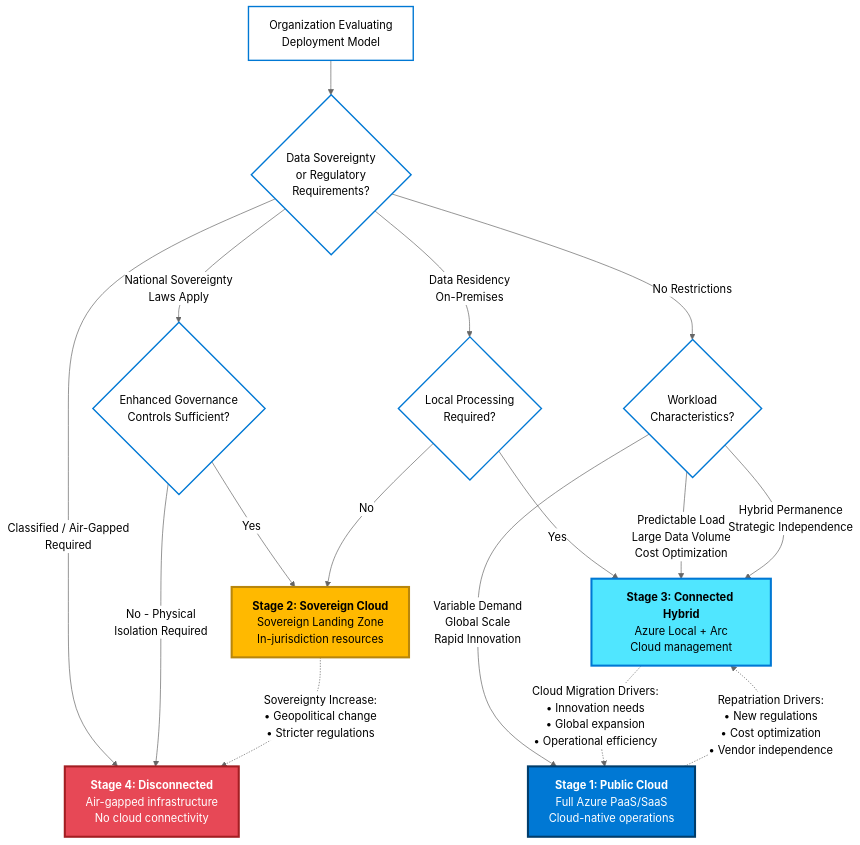
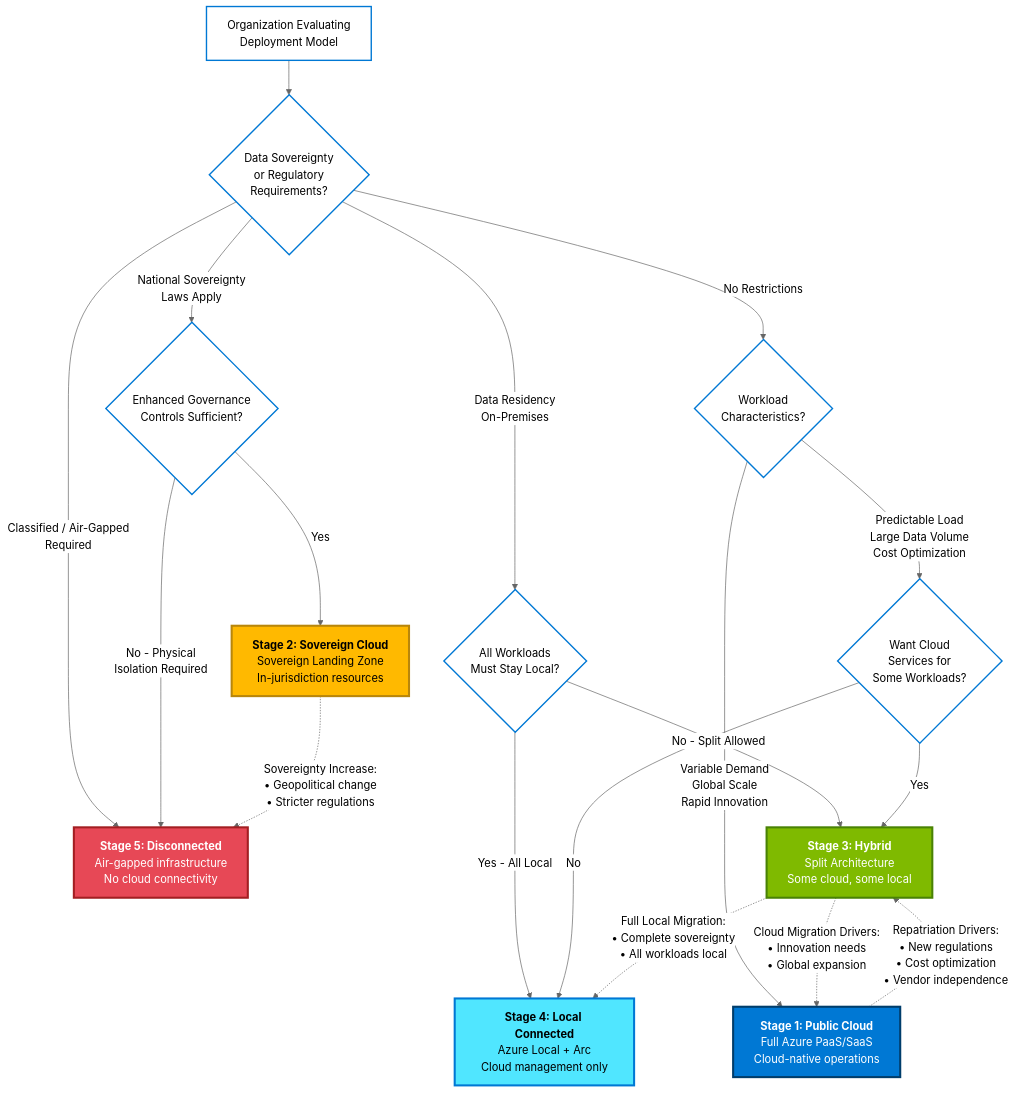
One commit to EmeaAppGbb/AzureHybridContinuumCookBook changed the second of 2 diagrams in docs/01-introduction/02-the-hybrid-continuum.md. Above: the diagram before and after it, drawn with Mermaid (neutral theme). The commit also changed other lines of this file and 7 other files, not shown here.

````diff
--- a/docs/01-introduction/02-the-hybrid-continuum.md
+++ b/docs/01-introduction/02-the-hybrid-continuum.md
@@ -82,46 +93,51 @@
 ```mermaid
 graph TD
     Start["Organization Evaluating<br/>Deployment Model"]
     
     Start --> RegQ{"Data Sovereignty<br/>or Regulatory<br/>Requirements?"}
     
-    RegQ -->|"Classified / Air-Gapped<br/>Required"| Disconnected["<b>Stage 4: Disconnected</b><br/>Air-gapped infrastructure<br/>No cloud connectivity"]
+    RegQ -->|"Classified / Air-Gapped<br/>Required"| Disconnected["<b>Stage 5: Disconnected</b><br/>Air-gapped infrastructure<br/>No cloud connectivity"]
     
     RegQ -->|"National Sovereignty<br/>Laws Apply"| SovQ{"Enhanced Governance<br/>Controls Sufficient?"}
     
     SovQ -->|"Yes"| Sovereign["<b>Stage 2: Sovereign Cloud</b><br/>Sovereign Landing Zone<br/>In-jurisdiction resources"]
     
     SovQ -->|"No - Physical<br/>Isolation Required"| Disconnected
     
-    RegQ -->|"Data Residency<br/>On-Premises"| LatencyQ{"Local Processing<br/>Required?"}
+    RegQ -->|"Data Residency<br/>On-Premises"| WorkloadQ{"All Workloads<br/>Must Stay Local?"}
     
-    LatencyQ -->|"Yes"| Connected["<b>Stage 3: Connected Hybrid</b><br/>Azure Local + Arc<br/>Cloud management"]
+    WorkloadQ -->|"Yes - All Local"| LocalConnected["<b>Stage 4: Local Connected</b><br/>Azure Local + Arc<br/>Cloud management only"]
     
-    LatencyQ -->|"No"| Sovereign
+    WorkloadQ -->|"No - Split Allowed"| Hybrid["<b>Stage 3: Hybrid</b><br/>Split Architecture<br/>Some cloud, some local"]
     
     RegQ -->|"No Restrictions"| CostQ{"Workload<br/>Characteristics?"}
     
     CostQ -->|"Variable Demand<br/>Global Scale<br/>Rapid Innovation"| PublicCloud["<b>Stage 1: Public Cloud</b><br/>Full Azure PaaS/SaaS<br/>Cloud-native operations"]
     
-    CostQ -->|"Predictable Load<br/>Large Data Volume<br/>Cost Optimization"| Connected
+    CostQ -->|"Predictable Load<br/>Large Data Volume<br/>Cost Optimization"| HybridOrLocal{"Want Cloud<br/>Services for<br/>Some Workloads?"}
     
-    CostQ -->|"Hybrid Permanence<br/>Strategic Independence"| Connected
+    HybridOrLocal -->|"Yes"| Hybrid
+    HybridOrLocal -->|"No"| LocalConnected
     
-    PublicCloud -.->|"Repatriation Drivers:<br/>• New regulations<br/>• Cost optimization<br/>• Vendor independence"| Connected
+    PublicCloud -.->|"Repatriation Drivers:<br/>• New regulations<br/>• Cost optimization<br/>• Vendor independence"| Hybrid
     
-    Connected -.->|"Cloud Migration Drivers:<br/>• Innovation needs<br/>• Global expansion<br/>• Operational efficiency"| PublicCloud
+    Hybrid -.->|"Cloud Migration Drivers:<br/>• Innovation needs<br/>• Global expansion"| PublicCloud
+    
+    Hybrid -.->|"Full Local Migration:<br/>• Complete sovereignty<br/>• All workloads local"| LocalConnected
     
     Sovereign -.->|"Sovereignty Increase:<br/>• Geopolitical change<br/>• Stricter regulations"| Disconnected
     
     classDef decisionStyle fill:#fff,stroke:#0078d4,stroke-width:2px,color:#000
     classDef stage1Style fill:#0078d4,stroke:#003d6b,stroke-width:3px,color:#fff
     classDef stage2Style fill:#ffb900,stroke:#b8860b,stroke-width:3px,color:#000
-    classDef stage3Style fill:#50e6ff,stroke:#0078d4,stroke-width:3px,color:#000
-    classDef stage4Style fill:#e74856,stroke:#a31e22,stroke-width:3px,color:#fff
+    classDef stage3Style fill:#7fba00,stroke:#498205,stroke-width:3px,color:#fff
+    classDef stage4Style fill:#50e6ff,stroke:#0078d4,stroke-width:3px,color:#000
+    classDef stage5Style fill:#e74856,stroke:#a31e22,stroke-width:3px,color:#fff
     
-    class Start,RegQ,SovQ,LatencyQ,CostQ decisionStyle
+    class Start,RegQ,SovQ,WorkloadQ,CostQ,HybridOrLocal decisionStyle
     class PublicCloud stage1Style
     class Sovereign stage2Style
-    class Connected stage3Style
-    class Disconnected stage4Style
+    class Hybrid stage3Style
+    class LocalConnected stage4Style
+    class Disconnected stage5Style
 ```
````
